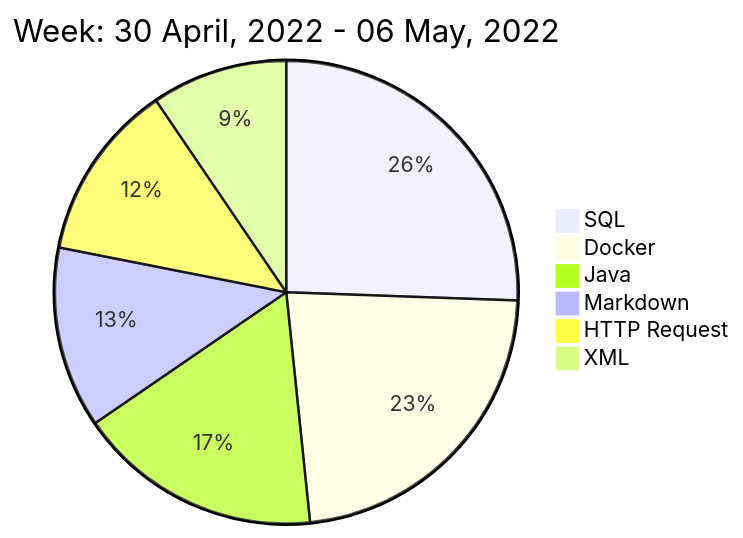
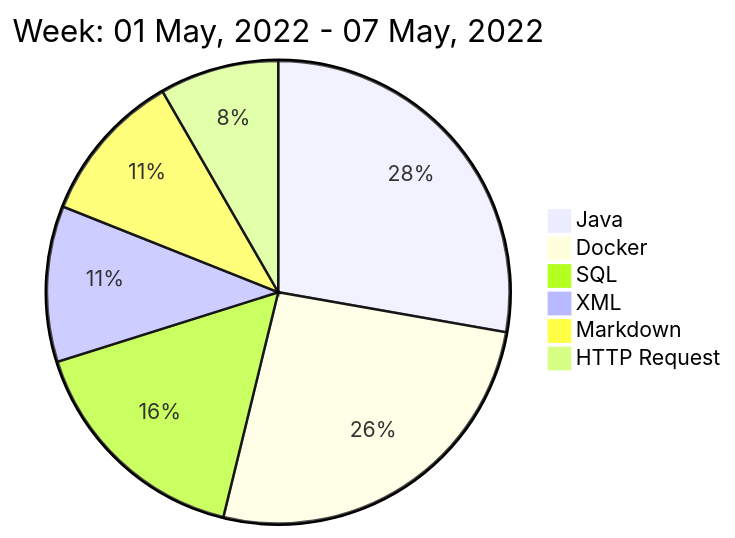
The diagram in README.md (liubin95/liubin95), drawn with Mermaid before and after one commit.

Commit message:
Updated the Graph with new Metrics

````diff
--- a/README.md
+++ b/README.md
@@ -40,10 +40,10 @@
 ```mermaid
  pie
-title Week: 30 April, 2022 - 06 May, 2022
- "SQL" : 2.02
- "Docker" : 1.8
- "Java" : 1.35
- "Markdown" : 1.0
- "HTTP Request" : 0.98
- "XML" : 0.75
+title Week: 01 May, 2022 - 07 May, 2022
+ "Java" : 3.57
+ "Docker" : 3.35
+ "SQL" : 2.1
+ "XML" : 1.4
+ "Markdown" : 1.37
+ "HTTP Request" : 1.07
 ```
````
